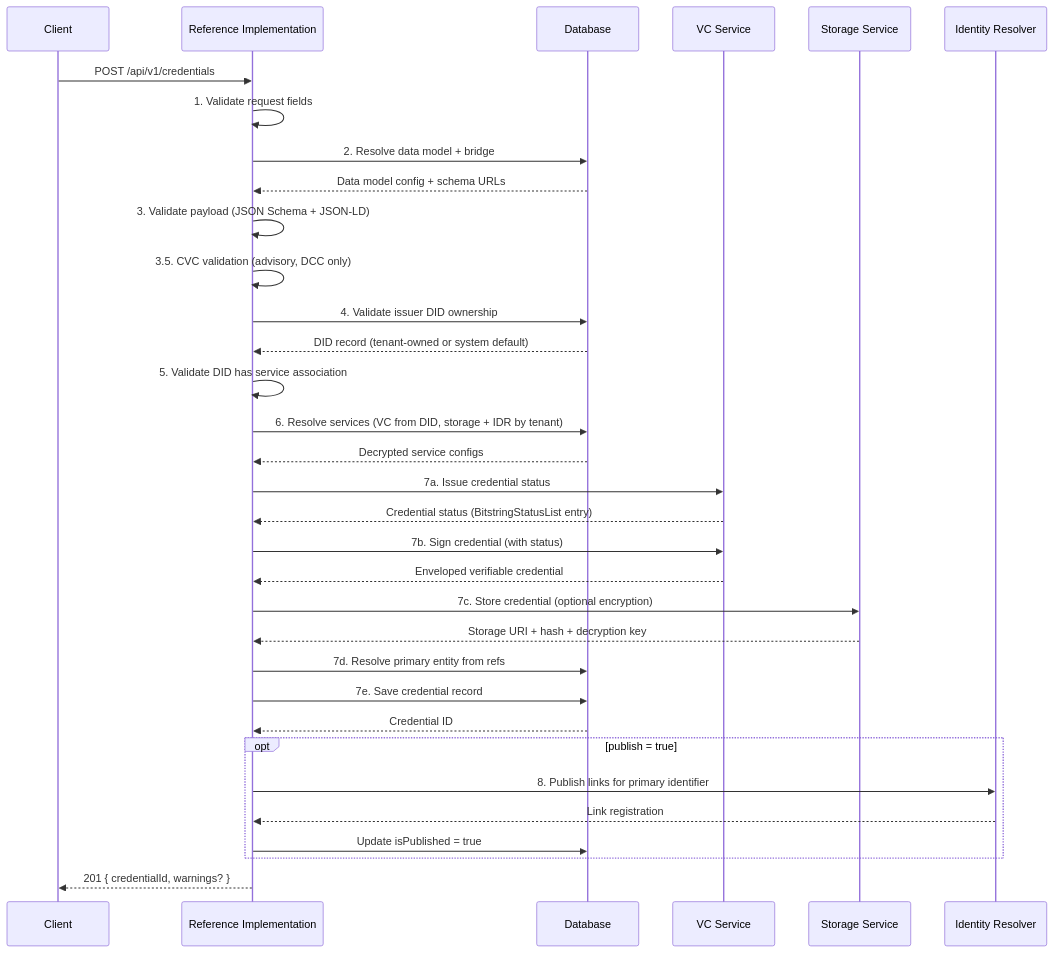
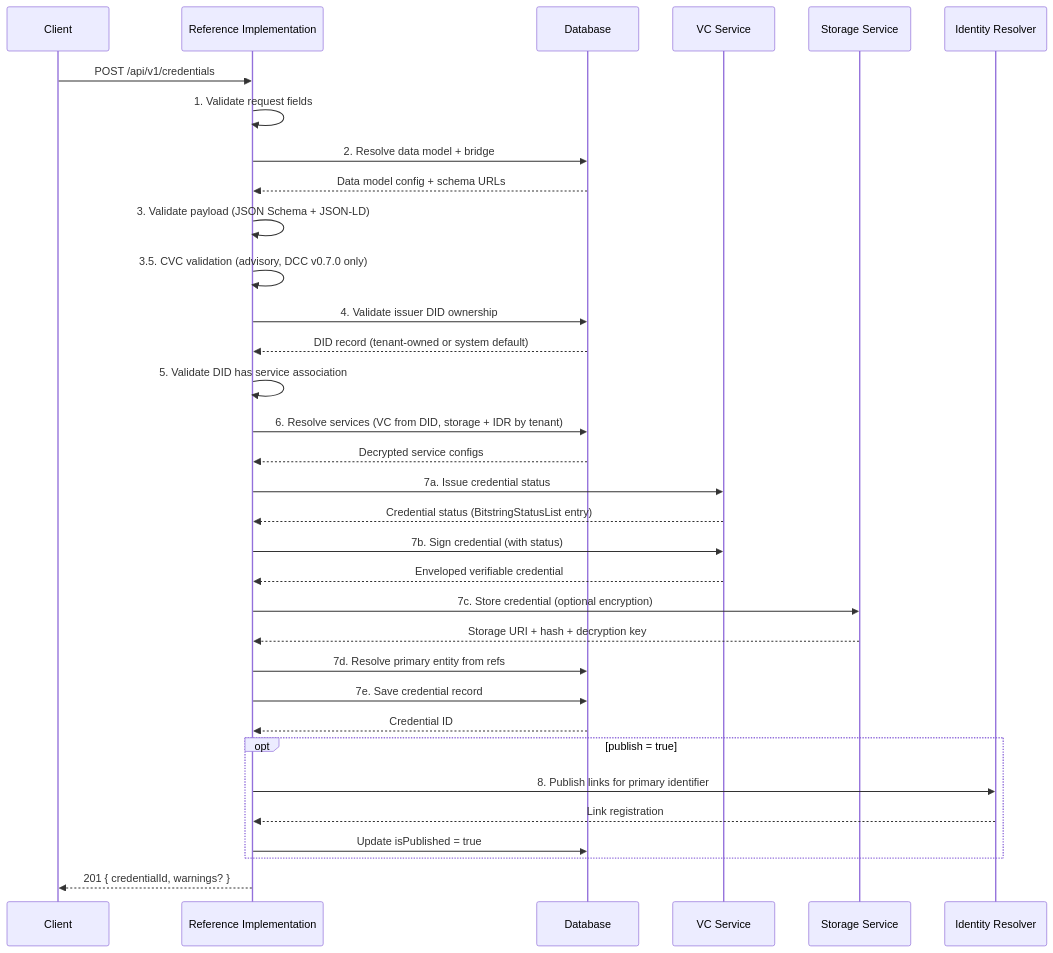
One commit to uncefact/tests-untp changed the first of 2 diagrams in documentation/docs/reference-implementation/api/credentials.md. Above: the diagram before and after it, drawn with Mermaid. The commit also changed other lines of this file and 6 other files, not shown here.

````diff
--- a/documentation/docs/reference-implementation/api/credentials.md
+++ b/documentation/docs/reference-implementation/api/credentials.md
@@ -88,36 +88,36 @@
 ```mermaid
 sequenceDiagram
     participant Client
     participant RI as Reference Implementation
     participant DB as Database
     participant VC as VC Service
     participant Storage as Storage Service
     participant IDR as Identity Resolver
 
     Client->>RI: POST /api/v1/credentials
     RI->>RI: 1. Validate request fields
     RI->>DB: 2. Resolve data model + bridge
     DB-->>RI: Data model config + schema URLs
     RI->>RI: 3. Validate payload (JSON Schema + JSON-LD)
-    RI->>RI: 3.5. CVC validation (advisory, DCC only)
+    RI->>RI: 3.5. CVC validation (advisory, DCC v0.7.0 only)
     RI->>DB: 4. Validate issuer DID ownership
     DB-->>RI: DID record (tenant-owned or system default)
     RI->>RI: 5. Validate DID has service association
     RI->>DB: 6. Resolve services (VC from DID, storage + IDR by tenant)
     DB-->>RI: Decrypted service configs
     RI->>VC: 7a. Issue credential status
     VC-->>RI: Credential status (BitstringStatusList entry)
     RI->>VC: 7b. Sign credential (with status)
     VC-->>RI: Enveloped verifiable credential
     RI->>Storage: 7c. Store credential (optional encryption)
     Storage-->>RI: Storage URI + hash + decryption key
     RI->>DB: 7d. Resolve primary entity from refs
     RI->>DB: 7e. Save credential record
     DB-->>RI: Credential ID
     opt publish = true
         RI->>IDR: 8. Publish links for primary identifier
         IDR-->>RI: Link registration
         RI->>DB: Update isPublished = true
     end
     RI-->>Client: 201 { credentialId, warnings? }
 ```
````
